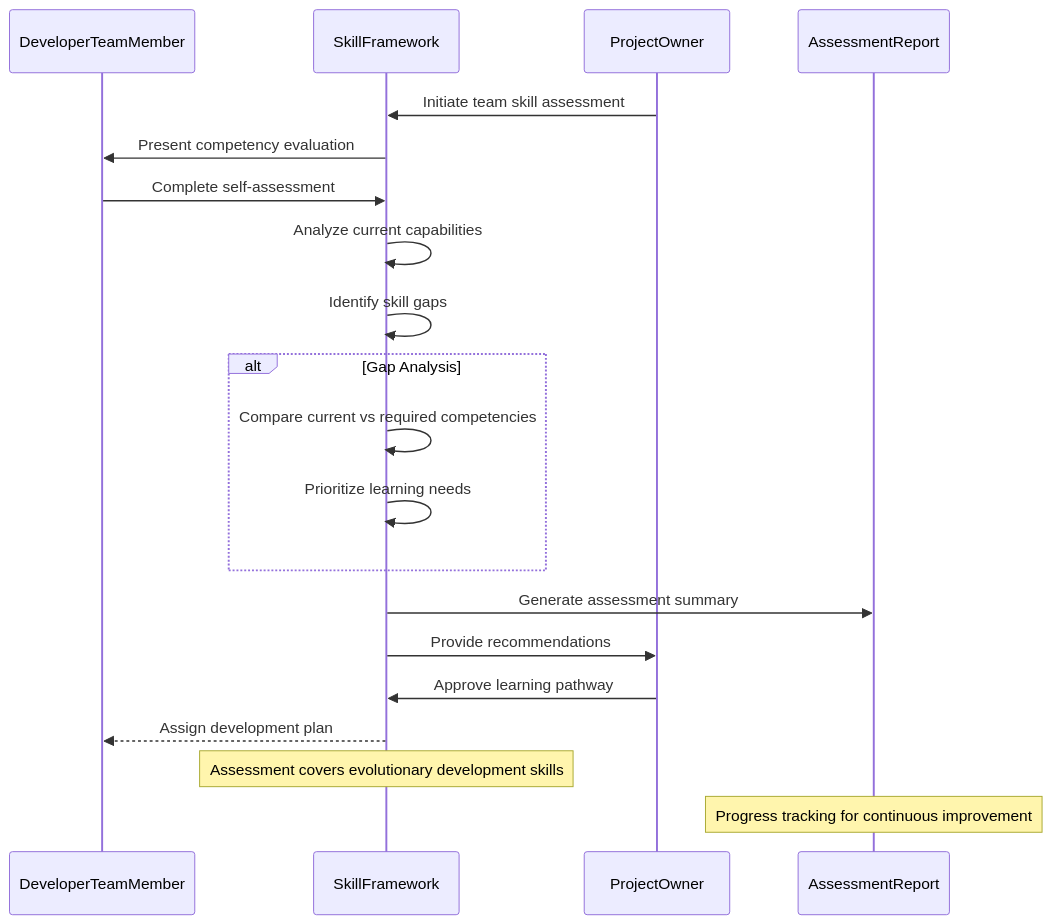
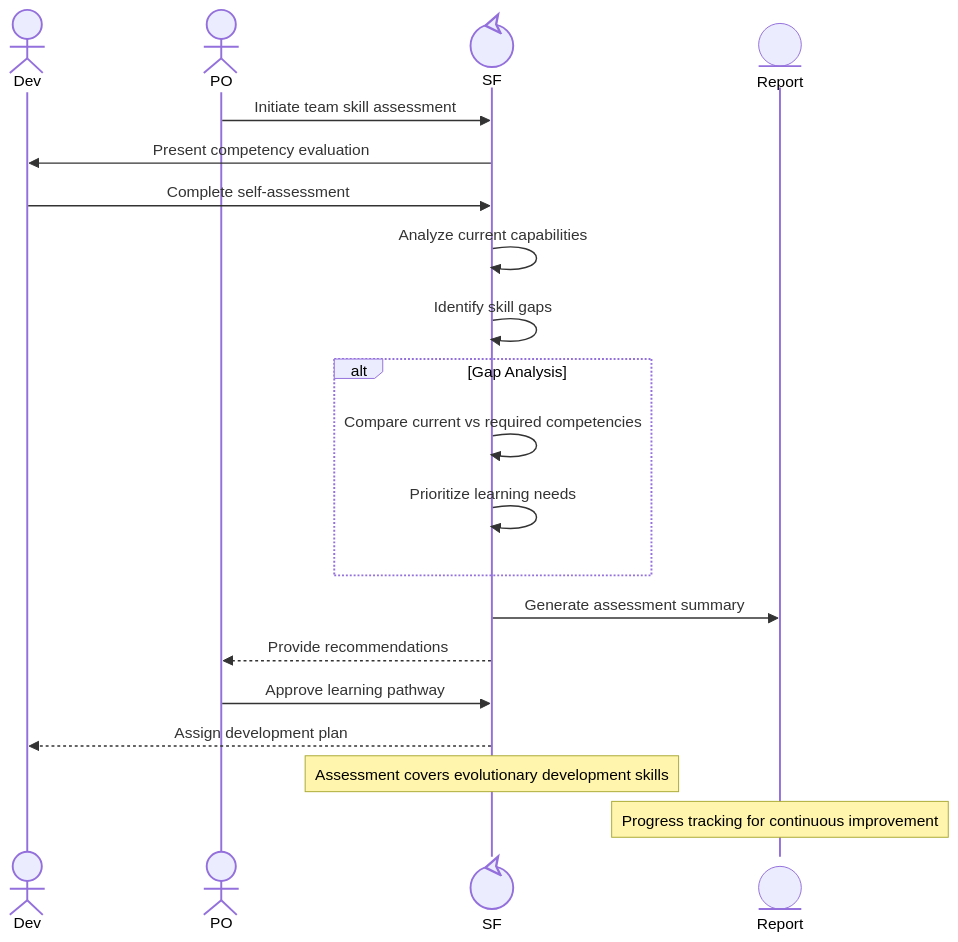
One commit to zhongadamwang/AI_Slowcooker changed the second of 8 diagrams in OrgDocument/orgModel/01 - Skill Development Process/collaboration.md. Above: the diagram before and after it, drawn with Mermaid. The commit also changed other lines of this file and 6 other files, not shown here.

````diff
--- a/OrgDocument/orgModel/01 - Skill Development Process/collaboration.md
+++ b/OrgDocument/orgModel/01 - Skill Development Process/collaboration.md
@@ -51,26 +58,33 @@
 ```mermaid
 sequenceDiagram
-    participant Dev as DeveloperTeamMember
-    participant SF as SkillFramework
-    participant PO as ProjectOwner
-    participant Report as AssessmentReport
-    
+    %% ─────────────────────────────────────────────────────
+    %% Participant Classification (assessment workflow — no system box boundaries)
+    %% Dev, PO  : external human actors
+    %% SF       : orchestrating coordinator (control) — drives assessment logic
+    %% Report   : data output artifact (entity)
+    %% ─────────────────────────────────────────────────────
+
+    participant Dev@{ "type": "actor", "label": "Developer Team Member" }
+    participant PO@{ "type": "actor", "label": "Project Owner" }
+    participant SF@{ "type": "control", "label": "Skill Framework" }
+    participant Report@{ "type": "entity", "label": "Assessment Report" }
+
     PO->>SF: Initiate team skill assessment
     SF->>Dev: Present competency evaluation
     Dev->>SF: Complete self-assessment
     SF->>SF: Analyze current capabilities
     SF->>SF: Identify skill gaps
-    
+
     alt Gap Analysis
         SF->>SF: Compare current vs required competencies
         SF->>SF: Prioritize learning needs
     end
-    
+
     SF->>Report: Generate assessment summary
-    SF->>PO: Provide recommendations
+    SF-->>PO: Provide recommendations
     PO->>SF: Approve learning pathway
     SF-->>Dev: Assign development plan
-    
+
     Note over SF: Assessment covers evolutionary development skills
     Note over Report: Progress tracking for continuous improvement
 ```
````
